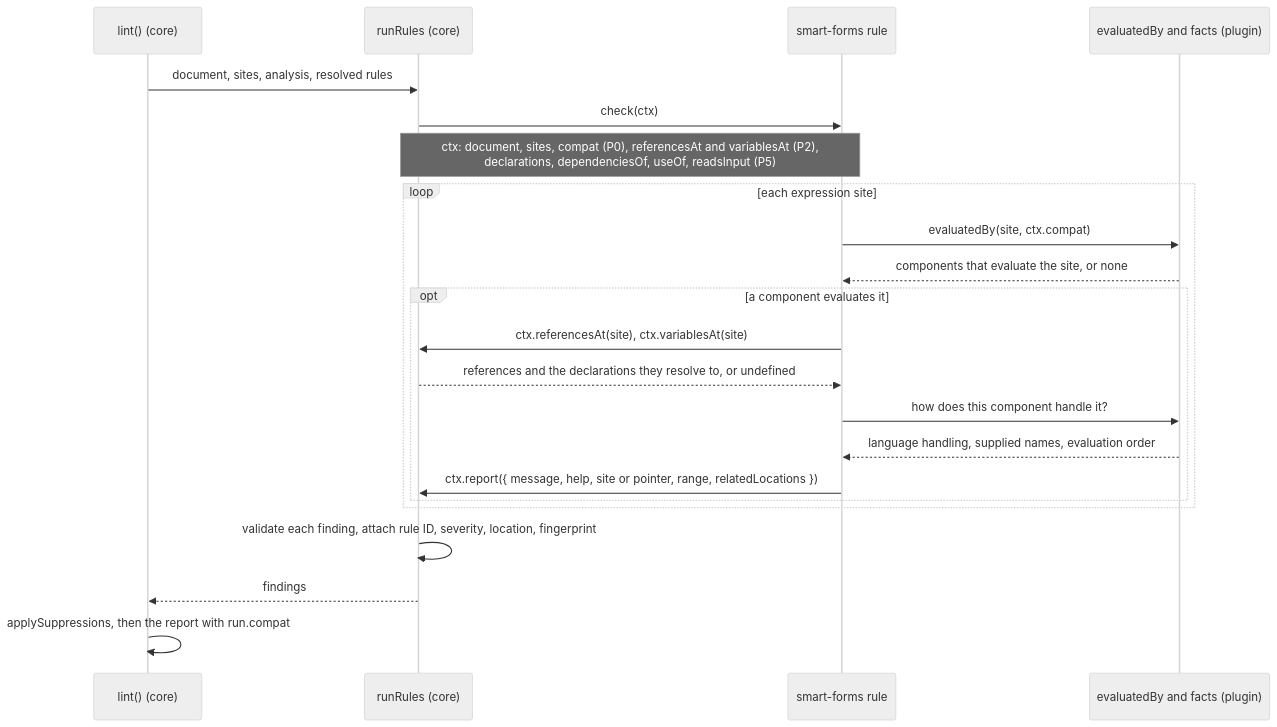
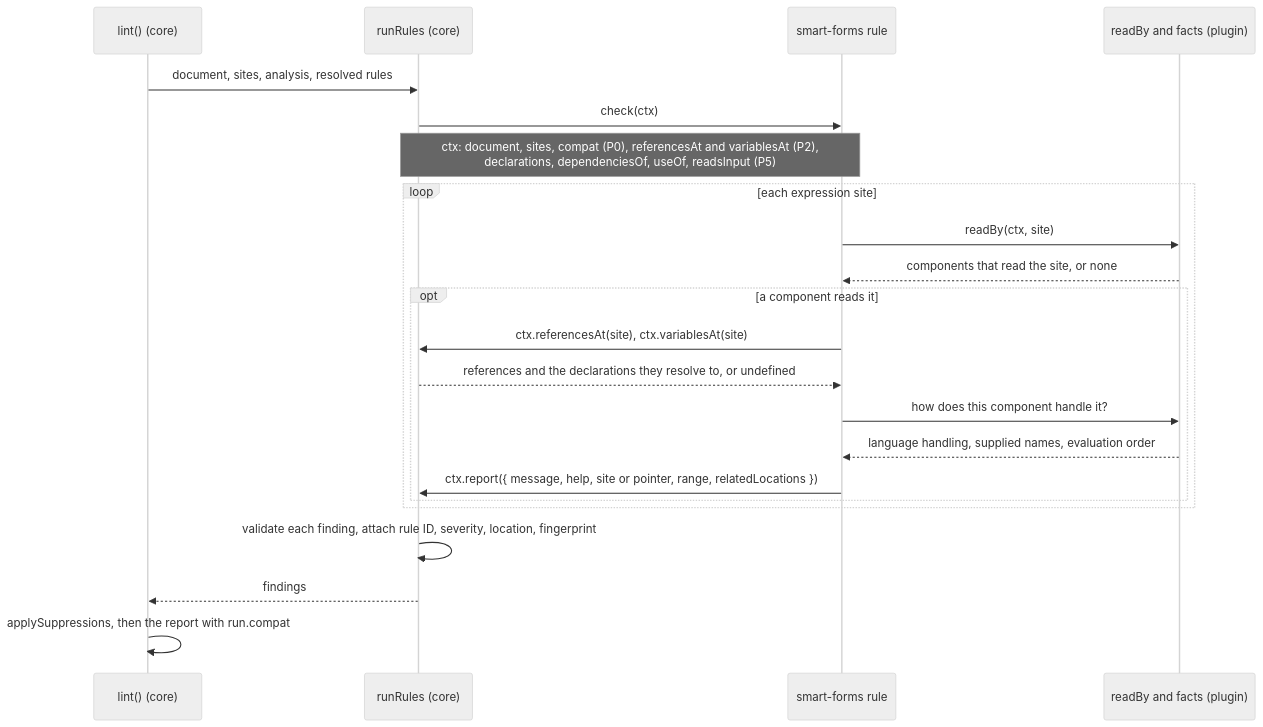
One commit to aehrc/sdc-questionnaire-lint changed the second of 3 diagrams in docs/smart-forms-rules.md. Above: the diagram before and after it, drawn with Mermaid (neutral theme). The commit also changed other lines of this file and 29 other files, not shown here.

````diff
--- a/docs/smart-forms-rules.md
+++ b/docs/smart-forms-rules.md
@@ -113,25 +113,25 @@
 ```mermaid
 sequenceDiagram
   participant Lint as lint() (core)
   participant Runner as runRules (core)
   participant Rule as smart-forms rule
-  participant Facts as evaluatedBy and facts (plugin)
+  participant Facts as readBy and facts (plugin)
 
   Lint->>Runner: document, sites, analysis, resolved rules
   Runner->>Rule: check(ctx)
   Note over Runner,Rule: ctx: document, sites, compat (P0), referencesAt and variablesAt (P2),<br/>declarations, dependenciesOf, useOf, readsInput (P5)
   loop each expression site
-    Rule->>Facts: evaluatedBy(site, ctx.compat)
-    Facts-->>Rule: components that evaluate the site, or none
-    opt a component evaluates it
+    Rule->>Facts: readBy(ctx, site)
+    Facts-->>Rule: components that read the site, or none
+    opt a component reads it
       Rule->>Runner: ctx.referencesAt(site), ctx.variablesAt(site)
       Runner-->>Rule: references and the declarations they resolve to, or undefined
       Rule->>Facts: how does this component handle it?
       Facts-->>Rule: language handling, supplied names, evaluation order
       Rule->>Runner: ctx.report({ message, help, site or pointer, range, relatedLocations })
     end
   end
   Runner->>Runner: validate each finding, attach rule ID, severity, location, fingerprint
   Runner-->>Lint: findings
   Lint->>Lint: applySuppressions, then the report with run.compat
 ```
````
